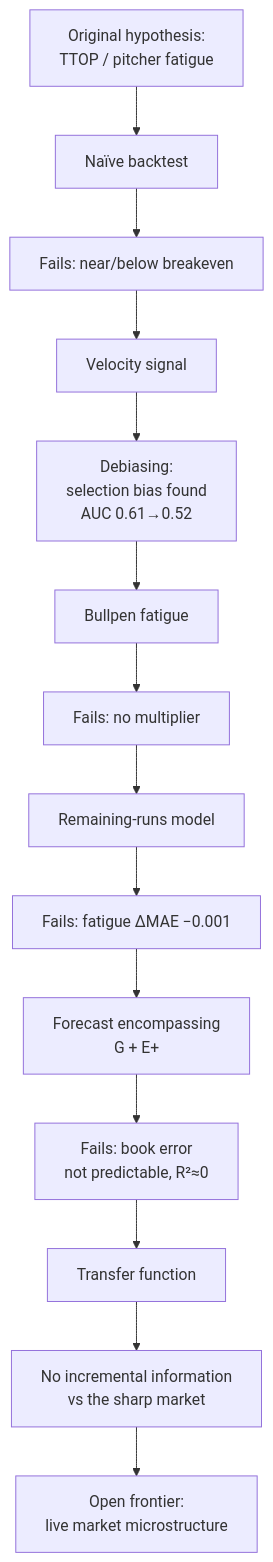
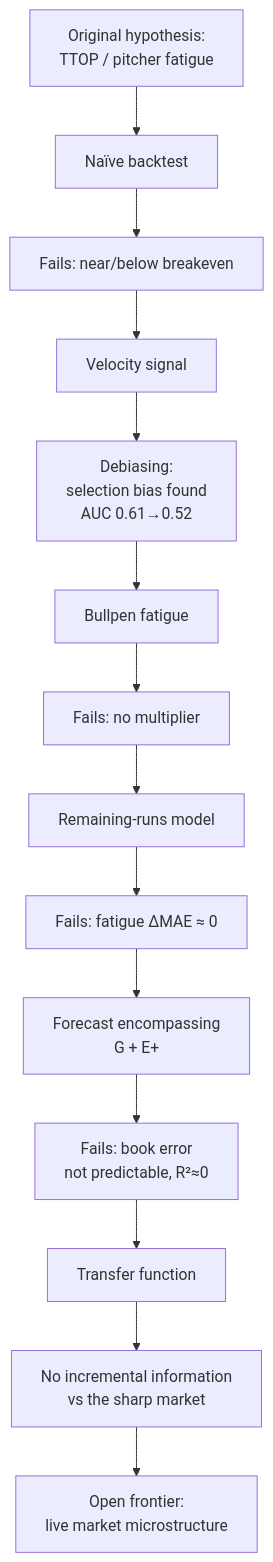
The diagram in the_third_turn/paper/paper1_outline.md (alecmessino/project), drawn with Mermaid before and after one commit. The commit also changed other lines of this file and 12 other files, not shown here.

````diff
--- a/the_third_turn/paper/paper1_outline.md
+++ b/the_third_turn/paper/paper1_outline.md
@@ -79,16 +79,16 @@
 ```mermaid
 flowchart TD
     H0[Original hypothesis:\nTTOP / pitcher fatigue] --> T1[Naïve backtest]
     T1 --> F1[Fails: near/below breakeven]
     F1 --> V[Velocity signal]
     V --> DB[Debiasing:\nselection bias found\nAUC 0.61→0.52]
     DB --> BP[Bullpen fatigue]
     BP --> F2[Fails: no multiplier]
     F2 --> RR[Remaining-runs model]
-    RR --> F3[Fails: fatigue ΔMAE −0.001]
+    RR --> F3[Fails: fatigue ΔMAE ≈ 0]
     F3 --> G[Forecast encompassing\nG + E+]
     G --> F4[Fails: book error\nnot predictable, R²≈0]
     F4 --> A[Transfer function]
     A --> C[No incremental information\nvs the sharp market]
     C --> M[Open frontier:\nlive market microstructure]
 ```
````
